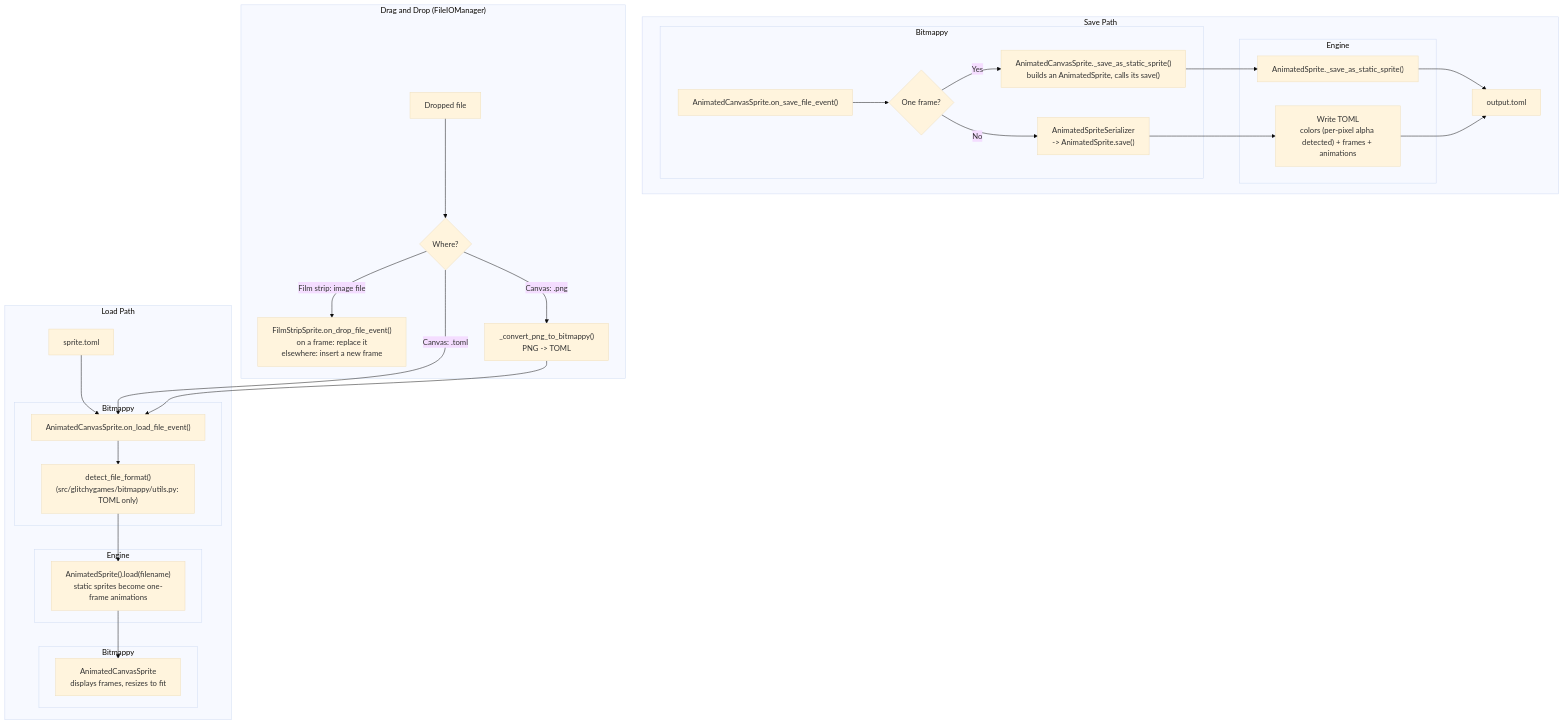
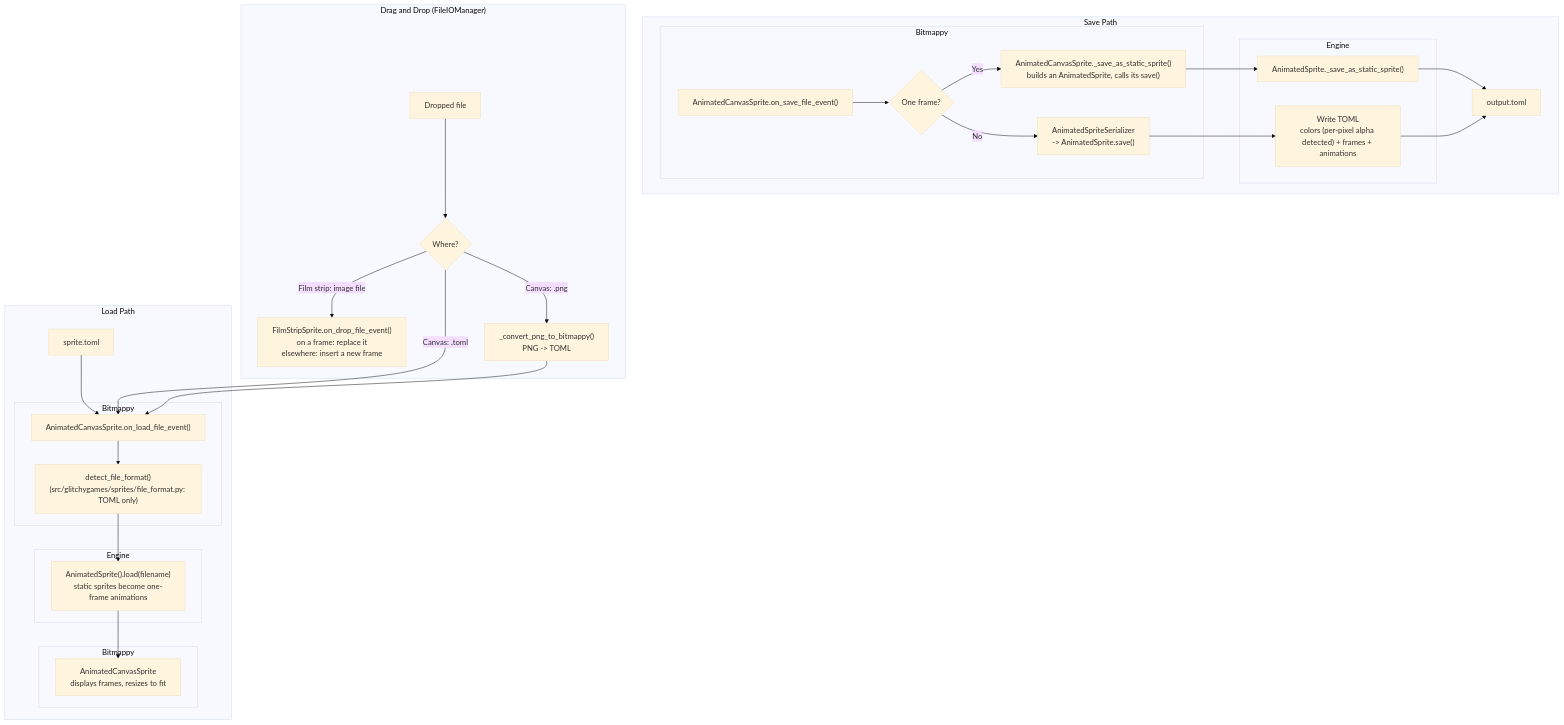
One commit to terrysimons/glitchygames changed the ninth of 10 diagrams in docs/architecture/bitmappy.md. Above: the diagram before and after it, drawn with Mermaid (base theme). The commit also changed other lines of this file and 508 other files, not shown here.

````diff
--- a/docs/architecture/bitmappy.md
+++ b/docs/architecture/bitmappy.md
@@ -423,44 +459,44 @@
 ```mermaid
 flowchart TD
     subgraph Load["Load Path"]
         FILE_IN["sprite.toml"]
         subgraph APP_LOAD["Bitmappy"]
             CLOAD["AnimatedCanvasSprite.on_load_file_event()"]
-            CLOAD --> DETECT["detect_file_format()\n(src/glitchygames/bitmappy/utils.py: TOML only)"]
+            CLOAD --> DETECT["detect_file_format()\n(src/glitchygames/sprites/file_format.py: TOML only)"]
         end
         subgraph ENGINE_LOAD["Engine"]
             AS["AnimatedSprite().load(filename)\nstatic sprites become one-frame animations"]
         end
         subgraph APP_LOAD_DISPLAY["Bitmappy"]
             CANVAS_L["AnimatedCanvasSprite\ndisplays frames, resizes to fit"]
         end
         FILE_IN --> CLOAD
         DETECT --> AS
         AS --> CANVAS_L
     end
 
     subgraph Save["Save Path"]
         subgraph APP_SAVE["Bitmappy"]
             CANVAS_SAVE["AnimatedCanvasSprite.on_save_file_event()"] --> DECIDE{"One frame?"}
             DECIDE -->|No| SER["AnimatedSpriteSerializer\n-> AnimatedSprite.save()"]
             DECIDE -->|Yes| CANVAS_STATIC["AnimatedCanvasSprite._save_as_static_sprite()\nbuilds an AnimatedSprite, calls its save()"]
         end
         subgraph ENGINE_SAVE["Engine"]
             STATIC["AnimatedSprite._save_as_static_sprite()"]
             WRITE_TOML["Write TOML\ncolors (per-pixel alpha detected) + frames + animations"]
         end
         CANVAS_STATIC --> STATIC
         SER --> WRITE_TOML
         FILE_OUT["output.toml"]
         STATIC --> FILE_OUT
         WRITE_TOML --> FILE_OUT
     end
 
     subgraph DragDrop["Drag and Drop (FileIOManager)"]
         DROP_FILE["Dropped file"] --> WHERE{"Where?"}
         WHERE -->|"Film strip: image file"| FS_DROP["FilmStripSprite.on_drop_file_event()\non a frame: replace it\nelsewhere: insert a new frame"]
         WHERE -->|"Canvas: .toml"| CLOAD
         WHERE -->|"Canvas: .png"| CONVERT["_convert_png_to_bitmappy()\nPNG -> TOML"]
         CONVERT --> CLOAD
     end
 ```
````
